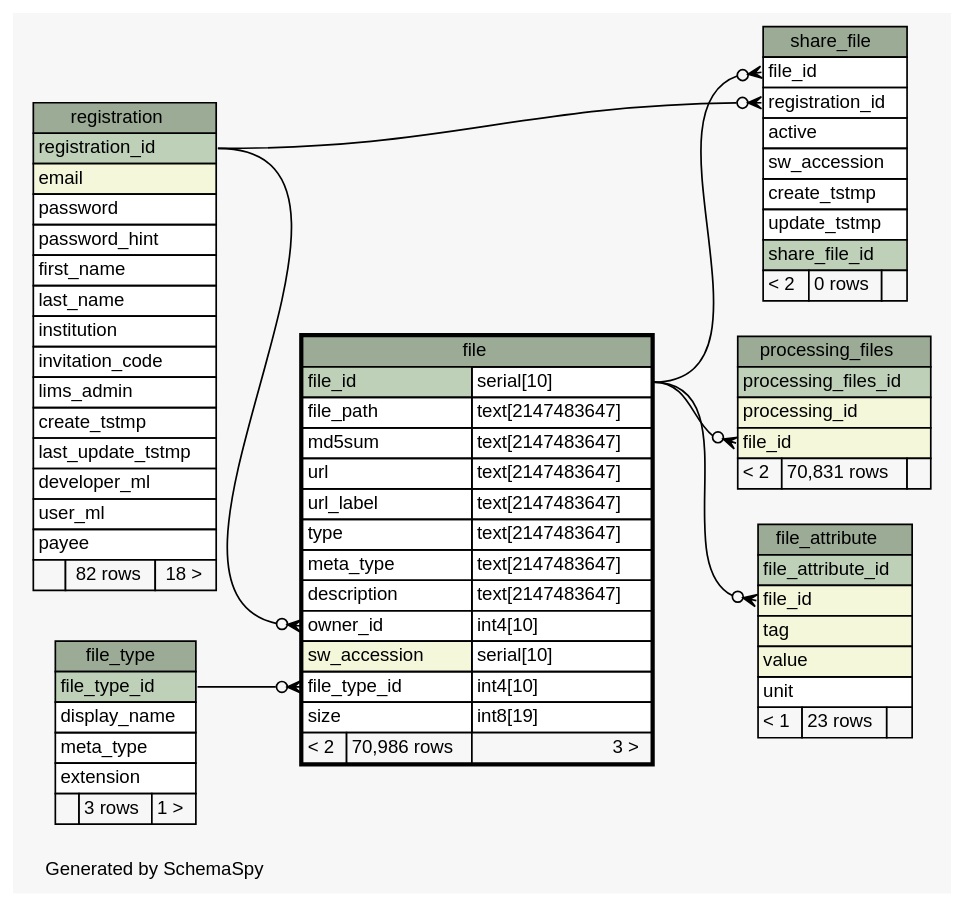
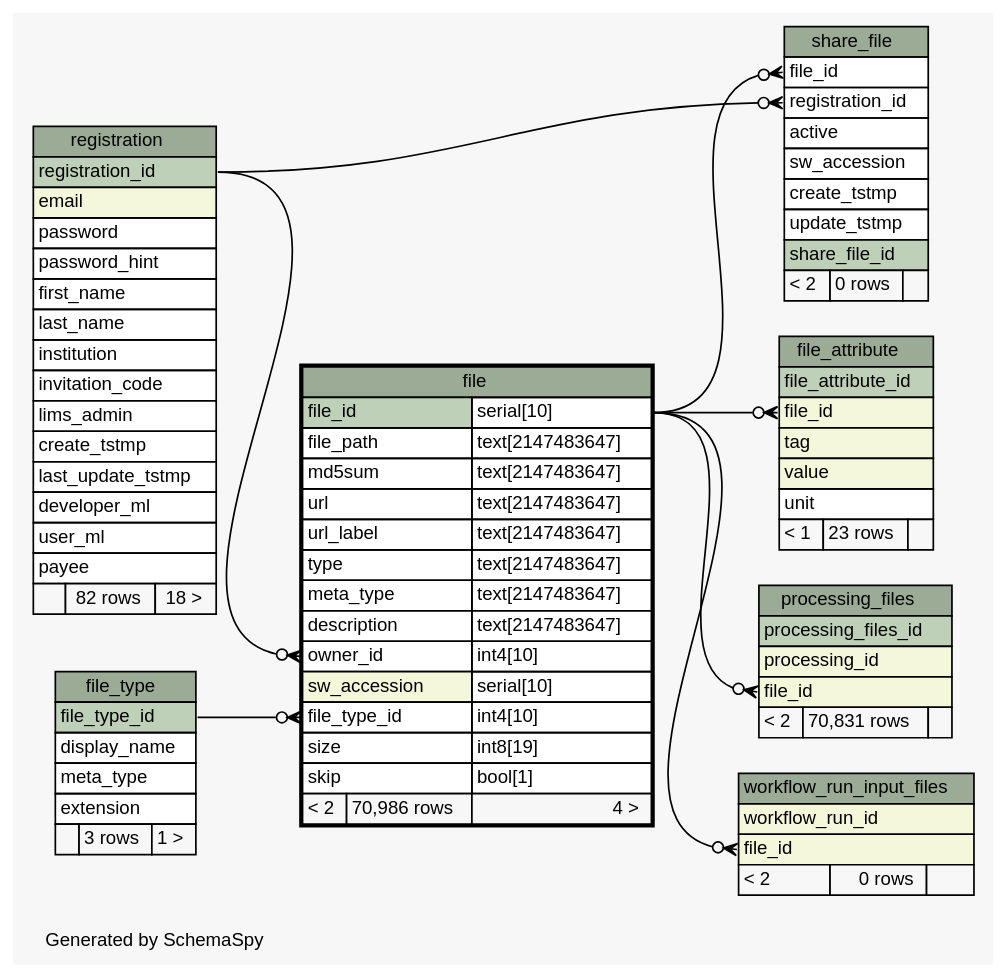
The diagram in metadb-schema/diagrams/file.1degree.dot (SeqWare/seqware.github.com), drawn with Graphviz before and after one commit. The commit also changed 214 other files, not shown here.

Commit message:
Update dbschema

```diff
--- a/metadb-schema/diagrams/file.1degree.dot
+++ b/metadb-schema/diagrams/file.1degree.dot
@@ -1,127 +1,140 @@
 // dot 2.26.3 on Linux 3.5.0-47-generic
 // SchemaSpy rev 590
 digraph "oneDegreeRelationshipsDiagram" {
   graph [
     rankdir="RL"
     bgcolor="#f7f7f7"
     label="\nGenerated by SchemaSpy"
     labeljust="l"
     nodesep="0.18"
     ranksep="0.46"
     fontname="Helvetica"
     fontsize="11"
   ];
   node [
     fontname="Helvetica"
     fontsize="11"
     shape="plaintext"
   ];
   edge [
     arrowsize="0.8"
   ];
   "file":"file_type_id":w -> "file_type":"file_type_id":e [arrowhead=none dir=back arrowtail=crowodot];
   "file":"owner_id":w -> "registration":"registration_id":e [arrowhead=none dir=back arrowtail=crowodot];
   "file_attribute":"file_id":w -> "file":"file_id.type":e [arrowhead=none dir=back arrowtail=crowodot];
   "processing_files":"file_id":w -> "file":"file_id.type":e [arrowhead=none dir=back arrowtail=crowodot];
   "share_file":"file_id":w -> "file":"file_id.type":e [arrowhead=none dir=back arrowtail=crowodot];
   "share_file":"registration_id":w -> "registration":"registration_id":e [arrowhead=none dir=back arrowtail=crowodot];
+  "workflow_run_input_files":"file_id":w -> "file":"file_id.type":e [arrowhead=none dir=back arrowtail=crowodot];
   "file" [
     label=<
     <TABLE BORDER="2" CELLBORDER="1" CELLSPACING="0" BGCOLOR="#ffffff">
       <TR><TD COLSPAN="3" BGCOLOR="#9bab96" ALIGN="CENTER">file</TD></TR>
       <TR><TD PORT="file_id" COLSPAN="2" BGCOLOR="#bed1b8" ALIGN="LEFT">file_id</TD><TD PORT="file_id.type" ALIGN="LEFT">serial[10]</TD></TR>
       <TR><TD PORT="file_path" COLSPAN="2" ALIGN="LEFT">file_path</TD><TD PORT="file_path.type" ALIGN="LEFT">text[2147483647]</TD></TR>
       <TR><TD PORT="md5sum" COLSPAN="2" ALIGN="LEFT">md5sum</TD><TD PORT="md5sum.type" ALIGN="LEFT">text[2147483647]</TD></TR>
       <TR><TD PORT="url" COLSPAN="2" ALIGN="LEFT">url</TD><TD PORT="url.type" ALIGN="LEFT">text[2147483647]</TD></TR>
       <TR><TD PORT="url_label" COLSPAN="2" ALIGN="LEFT">url_label</TD><TD PORT="url_label.type" ALIGN="LEFT">text[2147483647]</TD></TR>
       <TR><TD PORT="type" COLSPAN="2" ALIGN="LEFT">type</TD><TD PORT="type.type" ALIGN="LEFT">text[2147483647]</TD></TR>
       <TR><TD PORT="meta_type" COLSPAN="2" ALIGN="LEFT">meta_type</TD><TD PORT="meta_type.type" ALIGN="LEFT">text[2147483647]</TD></TR>
       <TR><TD PORT="description" COLSPAN="2" ALIGN="LEFT">description</TD><TD PORT="description.type" ALIGN="LEFT">text[2147483647]</TD></TR>
       <TR><TD PORT="owner_id" COLSPAN="2" ALIGN="LEFT">owner_id</TD><TD PORT="owner_id.type" ALIGN="LEFT">int4[10]</TD></TR>
       <TR><TD PORT="sw_accession" COLSPAN="2" BGCOLOR="#f4f7da" ALIGN="LEFT">sw_accession</TD><TD PORT="sw_accession.type" ALIGN="LEFT">serial[10]</TD></TR>
       <TR><TD PORT="file_type_id" COLSPAN="2" ALIGN="LEFT">file_type_id</TD><TD PORT="file_type_id.type" ALIGN="LEFT">int4[10]</TD></TR>
       <TR><TD PORT="size" COLSPAN="2" ALIGN="LEFT">size</TD><TD PORT="size.type" ALIGN="LEFT">int8[19]</TD></TR>
-      <TR><TD ALIGN="LEFT" BGCOLOR="#f7f7f7">&lt; 2</TD><TD ALIGN="RIGHT" BGCOLOR="#f7f7f7">70,986 rows</TD><TD ALIGN="RIGHT" BGCOLOR="#f7f7f7">3 &gt;</TD></TR>
+      <TR><TD PORT="skip" COLSPAN="2" ALIGN="LEFT">skip</TD><TD PORT="skip.type" ALIGN="LEFT">bool[1]</TD></TR>
+      <TR><TD ALIGN="LEFT" BGCOLOR="#f7f7f7">&lt; 2</TD><TD ALIGN="RIGHT" BGCOLOR="#f7f7f7">70,986 rows</TD><TD ALIGN="RIGHT" BGCOLOR="#f7f7f7">4 &gt;</TD></TR>
     </TABLE>>
     URL="file.html"
     tooltip="file"
   ];
   "file_attribute" [
     label=<
     <TABLE BORDER="0" CELLBORDER="1" CELLSPACING="0" BGCOLOR="#ffffff">
       <TR><TD COLSPAN="3" BGCOLOR="#9bab96" ALIGN="CENTER">file_attribute</TD></TR>
       <TR><TD PORT="file_attribute_id" COLSPAN="3" BGCOLOR="#bed1b8" ALIGN="LEFT">file_attribute_id</TD></TR>
       <TR><TD PORT="file_id" COLSPAN="3" BGCOLOR="#f4f7da" ALIGN="LEFT">file_id</TD></TR>
       <TR><TD PORT="tag" COLSPAN="3" BGCOLOR="#f4f7da" ALIGN="LEFT">tag</TD></TR>
       <TR><TD PORT="value" COLSPAN="3" BGCOLOR="#f4f7da" ALIGN="LEFT">value</TD></TR>
       <TR><TD PORT="unit" COLSPAN="3" ALIGN="LEFT">unit</TD></TR>
       <TR><TD ALIGN="LEFT" BGCOLOR="#f7f7f7">&lt; 1</TD><TD ALIGN="RIGHT" BGCOLOR="#f7f7f7">23 rows</TD><TD ALIGN="RIGHT" BGCOLOR="#f7f7f7">  </TD></TR>
     </TABLE>>
     URL="file_attribute.html"
     tooltip="file_attribute"
   ];
   "file_type" [
     label=<
     <TABLE BORDER="0" CELLBORDER="1" CELLSPACING="0" BGCOLOR="#ffffff">
       <TR><TD COLSPAN="3" BGCOLOR="#9bab96" ALIGN="CENTER">file_type</TD></TR>
       <TR><TD PORT="file_type_id" COLSPAN="3" BGCOLOR="#bed1b8" ALIGN="LEFT">file_type_id</TD></TR>
       <TR><TD PORT="display_name" COLSPAN="3" ALIGN="LEFT">display_name</TD></TR>
       <TR><TD PORT="meta_type" COLSPAN="3" ALIGN="LEFT">meta_type</TD></TR>
       <TR><TD PORT="extension" COLSPAN="3" ALIGN="LEFT">extension</TD></TR>
       <TR><TD ALIGN="LEFT" BGCOLOR="#f7f7f7">  </TD><TD ALIGN="RIGHT" BGCOLOR="#f7f7f7">3 rows</TD><TD ALIGN="RIGHT" BGCOLOR="#f7f7f7">1 &gt;</TD></TR>
     </TABLE>>
     URL="file_type.html"
     tooltip="file_type"
   ];
   "processing_files" [
     label=<
     <TABLE BORDER="0" CELLBORDER="1" CELLSPACING="0" BGCOLOR="#ffffff">
       <TR><TD COLSPAN="3" BGCOLOR="#9bab96" ALIGN="CENTER">processing_files</TD></TR>
       <TR><TD PORT="processing_files_id" COLSPAN="3" BGCOLOR="#bed1b8" ALIGN="LEFT">processing_files_id</TD></TR>
       <TR><TD PORT="processing_id" COLSPAN="3" BGCOLOR="#f4f7da" ALIGN="LEFT">processing_id</TD></TR>
       <TR><TD PORT="file_id" COLSPAN="3" BGCOLOR="#f4f7da" ALIGN="LEFT">file_id</TD></TR>
       <TR><TD ALIGN="LEFT" BGCOLOR="#f7f7f7">&lt; 2</TD><TD ALIGN="RIGHT" BGCOLOR="#f7f7f7">70,831 rows</TD><TD ALIGN="RIGHT" BGCOLOR="#f7f7f7">  </TD></TR>
     </TABLE>>
     URL="processing_files.html"
     tooltip="processing_files"
   ];
   "registration" [
     label=<
     <TABLE BORDER="0" CELLBORDER="1" CELLSPACING="0" BGCOLOR="#ffffff">
       <TR><TD COLSPAN="3" BGCOLOR="#9bab96" ALIGN="CENTER">registration</TD></TR>
       <TR><TD PORT="registration_id" COLSPAN="3" BGCOLOR="#bed1b8" ALIGN="LEFT">registration_id</TD></TR>
       <TR><TD PORT="email" COLSPAN="3" BGCOLOR="#f4f7da" ALIGN="LEFT">email</TD></TR>
       <TR><TD PORT="password" COLSPAN="3" ALIGN="LEFT">password</TD></TR>
       <TR><TD PORT="password_hint" COLSPAN="3" ALIGN="LEFT">password_hint</TD></TR>
       <TR><TD PORT="first_name" COLSPAN="3" ALIGN="LEFT">first_name</TD></TR>
       <TR><TD PORT="last_name" COLSPAN="3" ALIGN="LEFT">last_name</TD></TR>
       <TR><TD PORT="institution" COLSPAN="3" ALIGN="LEFT">institution</TD></TR>
       <TR><TD PORT="invitation_code" COLSPAN="3" ALIGN="LEFT">invitation_code</TD></TR>
       <TR><TD PORT="lims_admin" COLSPAN="3" ALIGN="LEFT">lims_admin</TD></TR>
       <TR><TD PORT="create_tstmp" COLSPAN="3" ALIGN="LEFT">create_tstmp</TD></TR>
       <TR><TD PORT="last_update_tstmp" COLSPAN="3" ALIGN="LEFT">last_update_tstmp</TD></TR>
       <TR><TD PORT="developer_ml" COLSPAN="3" ALIGN="LEFT">developer_ml</TD></TR>
       <TR><TD PORT="user_ml" COLSPAN="3" ALIGN="LEFT">user_ml</TD></TR>
       <TR><TD PORT="payee" COLSPAN="3" ALIGN="LEFT">payee</TD></TR>
       <TR><TD ALIGN="LEFT" BGCOLOR="#f7f7f7">  </TD><TD ALIGN="RIGHT" BGCOLOR="#f7f7f7">82 rows</TD><TD ALIGN="RIGHT" BGCOLOR="#f7f7f7">18 &gt;</TD></TR>
     </TABLE>>
     URL="registration.html"
     tooltip="registration"
   ];
   "share_file" [
     label=<
     <TABLE BORDER="0" CELLBORDER="1" CELLSPACING="0" BGCOLOR="#ffffff">
       <TR><TD COLSPAN="3" BGCOLOR="#9bab96" ALIGN="CENTER">share_file</TD></TR>
       <TR><TD PORT="file_id" COLSPAN="3" ALIGN="LEFT">file_id</TD></TR>
       <TR><TD PORT="registration_id" COLSPAN="3" ALIGN="LEFT">registration_id</TD></TR>
       <TR><TD PORT="active" COLSPAN="3" ALIGN="LEFT">active</TD></TR>
       <TR><TD PORT="sw_accession" COLSPAN="3" ALIGN="LEFT">sw_accession</TD></TR>
       <TR><TD PORT="create_tstmp" COLSPAN="3" ALIGN="LEFT">create_tstmp</TD></TR>
       <TR><TD PORT="update_tstmp" COLSPAN="3" ALIGN="LEFT">update_tstmp</TD></TR>
       <TR><TD PORT="share_file_id" COLSPAN="3" BGCOLOR="#bed1b8" ALIGN="LEFT">share_file_id</TD></TR>
       <TR><TD ALIGN="LEFT" BGCOLOR="#f7f7f7">&lt; 2</TD><TD ALIGN="RIGHT" BGCOLOR="#f7f7f7">0 rows</TD><TD ALIGN="RIGHT" BGCOLOR="#f7f7f7">  </TD></TR>
     </TABLE>>
     URL="share_file.html"
     tooltip="share_file"
   ];
+  "workflow_run_input_files" [
+    label=<
+    <TABLE BORDER="0" CELLBORDER="1" CELLSPACING="0" BGCOLOR="#ffffff">
+      <TR><TD COLSPAN="3" BGCOLOR="#9bab96" ALIGN="CENTER">workflow_run_input_files</TD></TR>
+      <TR><TD PORT="workflow_run_id" COLSPAN="3" BGCOLOR="#f4f7da" ALIGN="LEFT">workflow_run_id</TD></TR>
+      <TR><TD PORT="file_id" COLSPAN="3" BGCOLOR="#f4f7da" ALIGN="LEFT">file_id</TD></TR>
+      <TR><TD ALIGN="LEFT" BGCOLOR="#f7f7f7">&lt; 2</TD><TD ALIGN="RIGHT" BGCOLOR="#f7f7f7">0 rows</TD><TD ALIGN="RIGHT" BGCOLOR="#f7f7f7">  </TD></TR>
+    </TABLE>>
+    URL="workflow_run_input_files.html"
+    tooltip="workflow_run_input_files"
+  ];
 }
```
